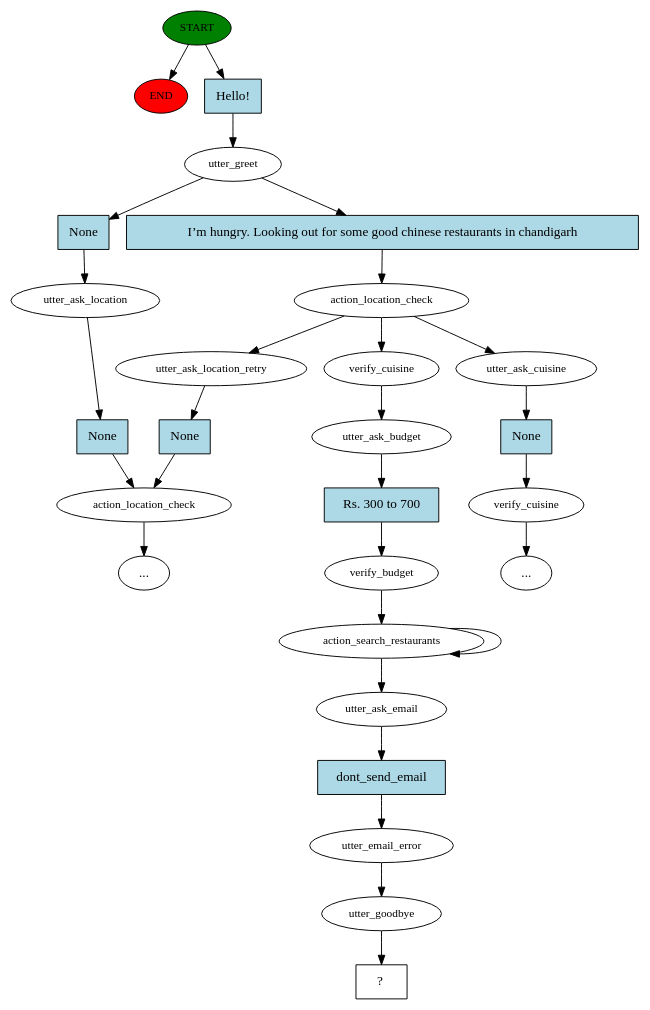
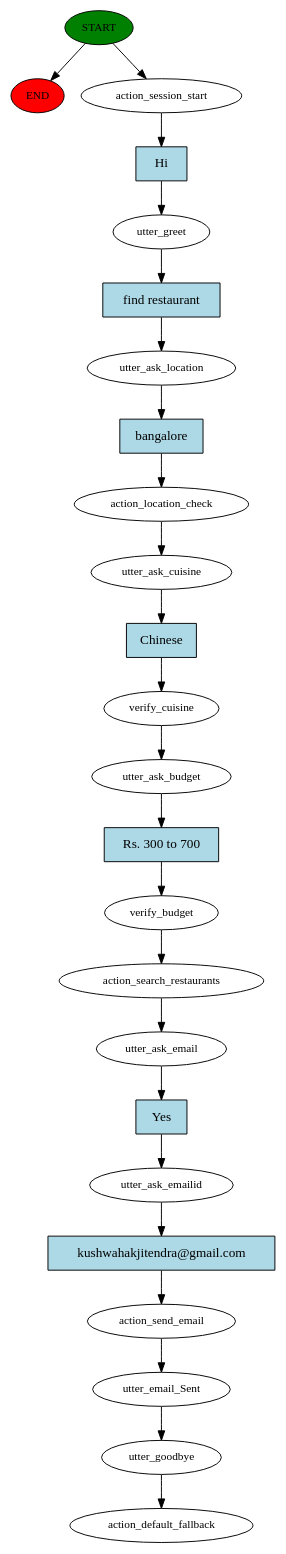
The diagram in story_graph.dot (AI-Pydev/restaurant-chatbot-rasa-2.0), drawn with Graphviz before and after one commit. The commit also changed 5 other files, not shown here.

```diff
--- a/story_graph.dot
+++ b/story_graph.dot
@@ -1,57 +1,49 @@
 digraph  {
 0 [class="start active", fillcolor=green, fontsize=12, label=START, style=filled];
 "-1" [class=end, fillcolor=red, fontsize=12, label=END, style=filled];
-1 [class=active, fontsize=12, label=utter_greet];
-2 [class="", fontsize=12, label=utter_ask_location];
-3 [class="", fontsize=12, label=action_location_check];
-5 [class=active, fontsize=12, label=action_location_check];
-6 [class="", fontsize=12, label=utter_ask_cuisine];
-7 [class="", fontsize=12, label=verify_cuisine];
-"-4" [class=ellipsis, label="..."];
-10 [class="", fontsize=12, label=utter_ask_location_retry];
-"-7" [class=ellipsis, label="..."];
-21 [class=active, fontsize=12, label=verify_cuisine];
-22 [class=active, fontsize=12, label=utter_ask_budget];
-23 [class=active, fontsize=12, label=verify_budget];
-24 [class=active, fontsize=12, label=action_search_restaurants];
-27 [class=active, fontsize=12, label=utter_ask_email];
-28 [class=active, fontsize=12, label=utter_email_error];
-29 [class=active, fontsize=12, label=utter_goodbye];
-30 [class="intent dashed active", label="  ?  ", shape=rect];
-31 [class="intent active", fillcolor=lightblue, label="Hello!", shape=rect, style=filled];
-32 [class=intent, fillcolor=lightblue, label=None, shape=rect, style=filled];
-33 [class="intent active", fillcolor=lightblue, label="I’m hungry. Looking out for some good chinese restaurants in chandigarh", shape=rect, style=filled];
-34 [class=intent, fillcolor=lightblue, label=None, shape=rect, style=filled];
-35 [class=intent, fillcolor=lightblue, label=None, shape=rect, style=filled];
-36 [class=intent, fillcolor=lightblue, label=None, shape=rect, style=filled];
-37 [class="intent active", fillcolor=lightblue, label="Rs. 300 to 700", shape=rect, style=filled];
-38 [class="intent active", fillcolor=lightblue, label=dont_send_email, shape=rect, style=filled];
+1 [class=active, fontsize=12, label=action_session_start];
+2 [class=active, fontsize=12, label=utter_greet];
+3 [class=active, fontsize=12, label=utter_ask_location];
+4 [class=active, fontsize=12, label=action_location_check];
+5 [class=active, fontsize=12, label=utter_ask_cuisine];
+6 [class=active, fontsize=12, label=verify_cuisine];
+7 [class=active, fontsize=12, label=utter_ask_budget];
+8 [class=active, fontsize=12, label=verify_budget];
+9 [class=active, fontsize=12, label=action_search_restaurants];
+10 [class=active, fontsize=12, label=utter_ask_email];
+11 [class=active, fontsize=12, label=utter_ask_emailid];
+12 [class=active, fontsize=12, label=action_send_email];
+13 [class=active, fontsize=12, label=utter_email_Sent];
+14 [class=active, fontsize=12, label=utter_goodbye];
+15 [class="dashed active", fontsize=12, label=action_default_fallback];
+16 [class="intent active", fillcolor=lightblue, label=Hi, shape=rect, style=filled];
+17 [class="intent active", fillcolor=lightblue, label="find restaurant", shape=rect, style=filled];
+18 [class="intent active", fillcolor=lightblue, label=bangalore, shape=rect, style=filled];
+19 [class="intent active", fillcolor=lightblue, label=Chinese, shape=rect, style=filled];
+20 [class="intent active", fillcolor=lightblue, label="Rs. 300 to 700", shape=rect, style=filled];
+21 [class="intent active", fillcolor=lightblue, label=Yes, shape=rect, style=filled];
+22 [class="intent active", fillcolor=lightblue, label="kushwahakjitendra@gmail.com", shape=rect, style=filled];
 0 -> "-1"  [class="", key=NONE, label=""];
-0 -> 31  [class=active, key=0];
-1 -> 32  [class="", key=0];
-1 -> 33  [class=active, key=0];
-2 -> 34  [class="", key=0];
-3 -> "-7"  [class="", key=NONE, label=""];
-5 -> 6  [class="", key=NONE, label=""];
-5 -> 10  [class="", key=NONE, label=""];
-5 -> 21  [class=active, key=NONE, label=""];
-6 -> 35  [class="", key=0];
-7 -> "-4"  [class="", key=NONE, label=""];
-10 -> 36  [class="", key=0];
-21 -> 22  [class=active, key=NONE, label=""];
-22 -> 37  [class=active, key=0];
-23 -> 24  [class=active, key=NONE, label=""];
-24 -> 24  [class=active, key=NONE, label=""];
-24 -> 27  [class=active, key=NONE, label=""];
-27 -> 38  [class=active, key=0];
-28 -> 29  [class=active, key=NONE, label=""];
-29 -> 30  [class=active, key=NONE, label=""];
-31 -> 1  [class=active, key=0];
-32 -> 2  [class="", key=0];
-33 -> 5  [class=active, key=0];
-34 -> 3  [class="", key=0];
-35 -> 7  [class="", key=0];
-36 -> 3  [class="", key=0];
-37 -> 23  [class=active, key=0];
-38 -> 28  [class=active, key=0];
+0 -> 1  [class=active, key=NONE, label=""];
+1 -> 16  [class=active, key=0];
+2 -> 17  [class=active, key=0];
+3 -> 18  [class=active, key=0];
+4 -> 5  [class=active, key=NONE, label=""];
+5 -> 19  [class=active, key=0];
+6 -> 7  [class=active, key=NONE, label=""];
+7 -> 20  [class=active, key=0];
+8 -> 9  [class=active, key=NONE, label=""];
+9 -> 10  [class=active, key=NONE, label=""];
+10 -> 21  [class=active, key=0];
+11 -> 22  [class=active, key=0];
+12 -> 13  [class=active, key=NONE, label=""];
+13 -> 14  [class=active, key=NONE, label=""];
+14 -> 15  [class=active, key=NONE, label=""];
+16 -> 2  [class=active, key=0];
+17 -> 3  [class=active, key=0];
+18 -> 4  [class=active, key=0];
+19 -> 6  [class=active, key=0];
+20 -> 8  [class=active, key=0];
+21 -> 11  [class=active, key=0];
+22 -> 12  [class=active, key=0];
 }
```
